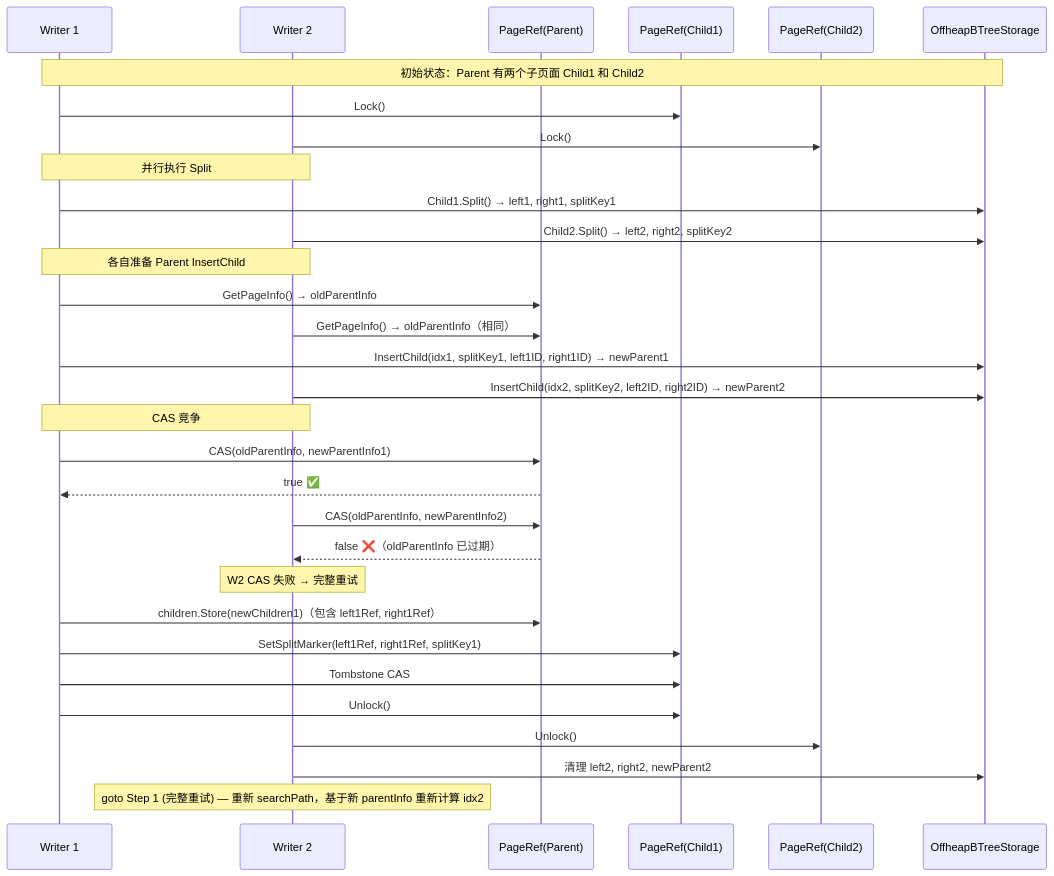
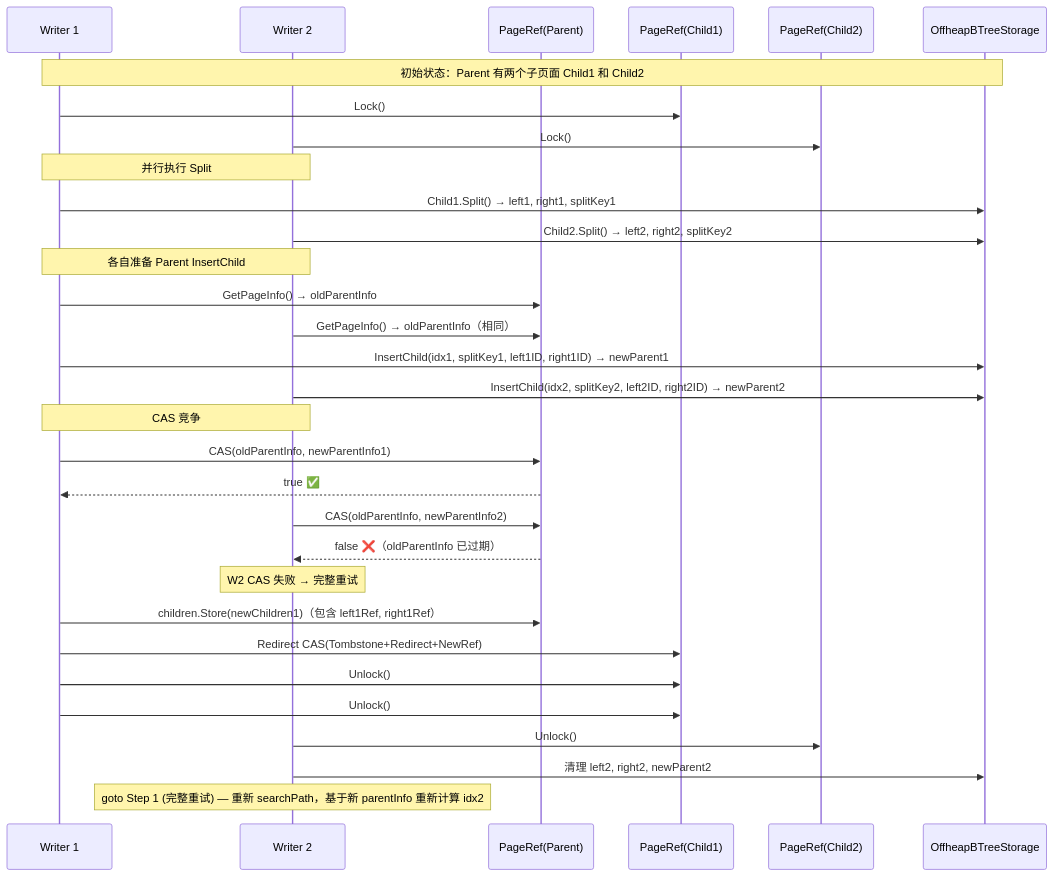
One commit to jzhang405/NexKV changed the fifth of 5 diagrams in docs/07_spike/btree-refactor/2026-04-02-btree-split-implement.md. Above: the diagram before and after it, drawn with Mermaid. The commit also changed other lines of this file and 1 other file, not shown here.

First line of the commit message:
docs(btree): 补充 Phase 6.1 Redirect+NewRef 设计及 cascading split 审核

````diff
--- a/docs/07_spike/btree-refactor/2026-04-02-btree-split-implement.md
+++ b/docs/07_spike/btree-refactor/2026-04-02-btree-split-implement.md
@@ -779,46 +731,46 @@
 ```mermaid
 sequenceDiagram
     participant W1 as Writer 1
     participant W2 as Writer 2
     participant Parent as PageRef(Parent)
     participant Child1 as PageRef(Child1)
     participant Child2 as PageRef(Child2)
     participant Storage as OffheapBTreeStorage
 
     Note over W1,Storage: 初始状态：Parent 有两个子页面 Child1 和 Child2
 
     W1->>Child1: Lock()
     W2->>Child2: Lock()
 
     Note over W1,W2: 并行执行 Split
 
     W1->>Storage: Child1.Split() → left1, right1, splitKey1
     W2->>Storage: Child2.Split() → left2, right2, splitKey2
 
     Note over W1,W2: 各自准备 Parent InsertChild
 
     W1->>Parent: GetPageInfo() → oldParentInfo
     W2->>Parent: GetPageInfo() → oldParentInfo（相同）
 
     W1->>Storage: InsertChild(idx1, splitKey1, left1ID, right1ID) → newParent1
     W2->>Storage: InsertChild(idx2, splitKey2, left2ID, right2ID) → newParent2
 
     Note over W1,W2: CAS 竞争
 
     W1->>Parent: CAS(oldParentInfo, newParentInfo1)
     Parent-->>W1: true ✅
 
     W2->>Parent: CAS(oldParentInfo, newParentInfo2)
     Parent-->>W2: false ❌（oldParentInfo 已过期）
 
     Note over W2: W2 CAS 失败 → 完整重试
 
     W1->>Parent: children.Store(newChildren1)（包含 left1Ref, right1Ref）
-    W1->>Child1: SetSplitMarker(left1Ref, right1Ref, splitKey1)
-    W1->>Child1: Tombstone CAS
+    W1->>Child1: Redirect CAS(Tombstone+Redirect+NewRef)
+    W1->>Child1: Unlock()
     W1->>Child1: Unlock()
 
     W2->>Child2: Unlock()
     W2->>Storage: 清理 left2, right2, newParent2
     Note over W2: goto Step 1 (完整重试) — 重新 searchPath，基于新 parentInfo 重新计算 idx2
 ```
````
